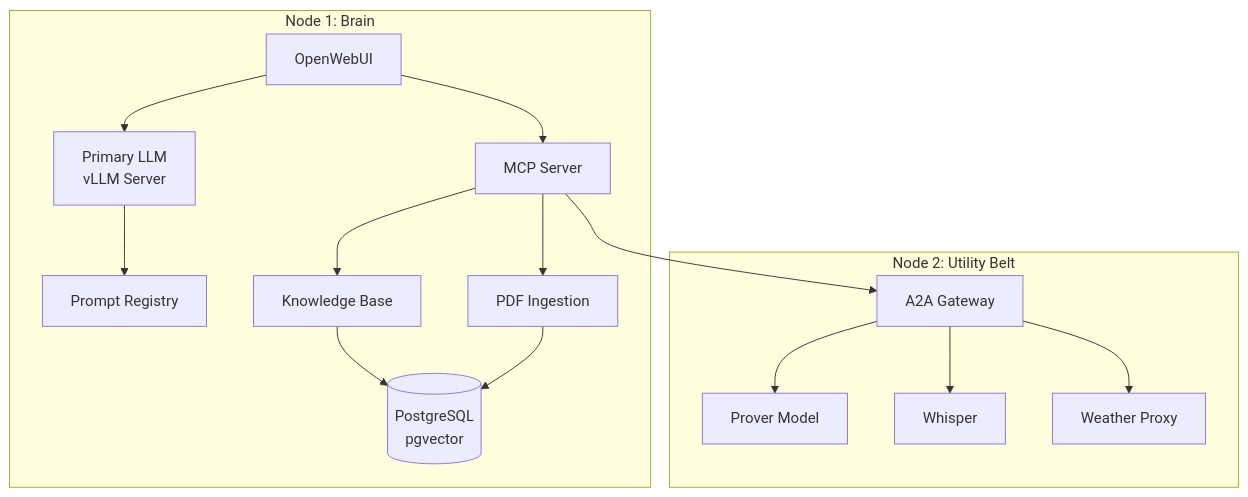
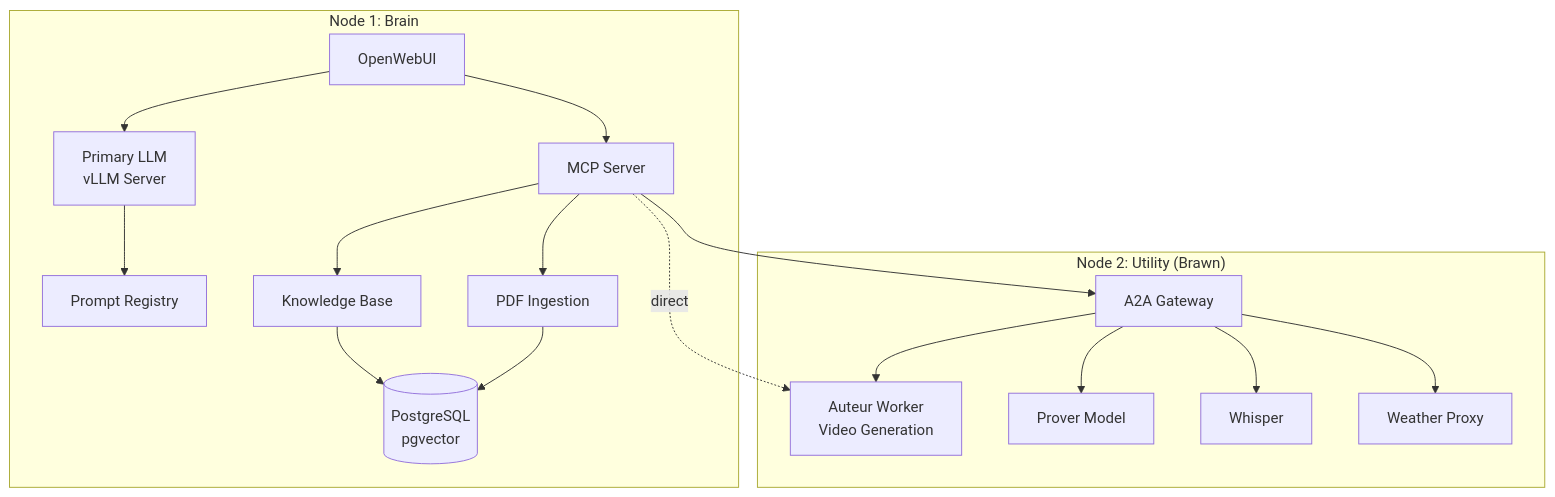
One commit to antoine1anthony/spark-cluster-public changed the first of 3 diagrams in docs/architecture.md. Above: the diagram before and after it, drawn with Mermaid. The commit also changed other lines of this file and 21 other files, not shown here.

Commit message:
feat: Add Auteur System v2 with A2A integration and video generation

````diff
--- a/docs/architecture.md
+++ b/docs/architecture.md
@@ -9,31 +12,34 @@
 ```mermaid
 flowchart TB
     subgraph brain["Node 1: Brain"]
         LLM[Primary LLM<br/>vLLM Server]
         PR[Prompt Registry]
         MCP[MCP Server]
         KB[Knowledge Base]
         PDF[PDF Ingestion]
         PG[(PostgreSQL<br/>pgvector)]
         WEB[OpenWebUI]
     end
     
-    subgraph utility["Node 2: Utility Belt"]
+    subgraph utility["Node 2: Utility (Brawn)"]
         A2A[A2A Gateway]
+        AUT[Auteur Worker<br/>Video Generation]
         PRV[Prover Model]
         WHI[Whisper]
         WTH[Weather Proxy]
     end
     
     WEB --> LLM
     WEB --> MCP
     MCP --> A2A
+    MCP -.->|direct| AUT
+    A2A --> AUT
     A2A --> PRV
     A2A --> WHI
     A2A --> WTH
     MCP --> KB
     MCP --> PDF
     KB --> PG
     PDF --> PG
     LLM --> PR
 ```
````
